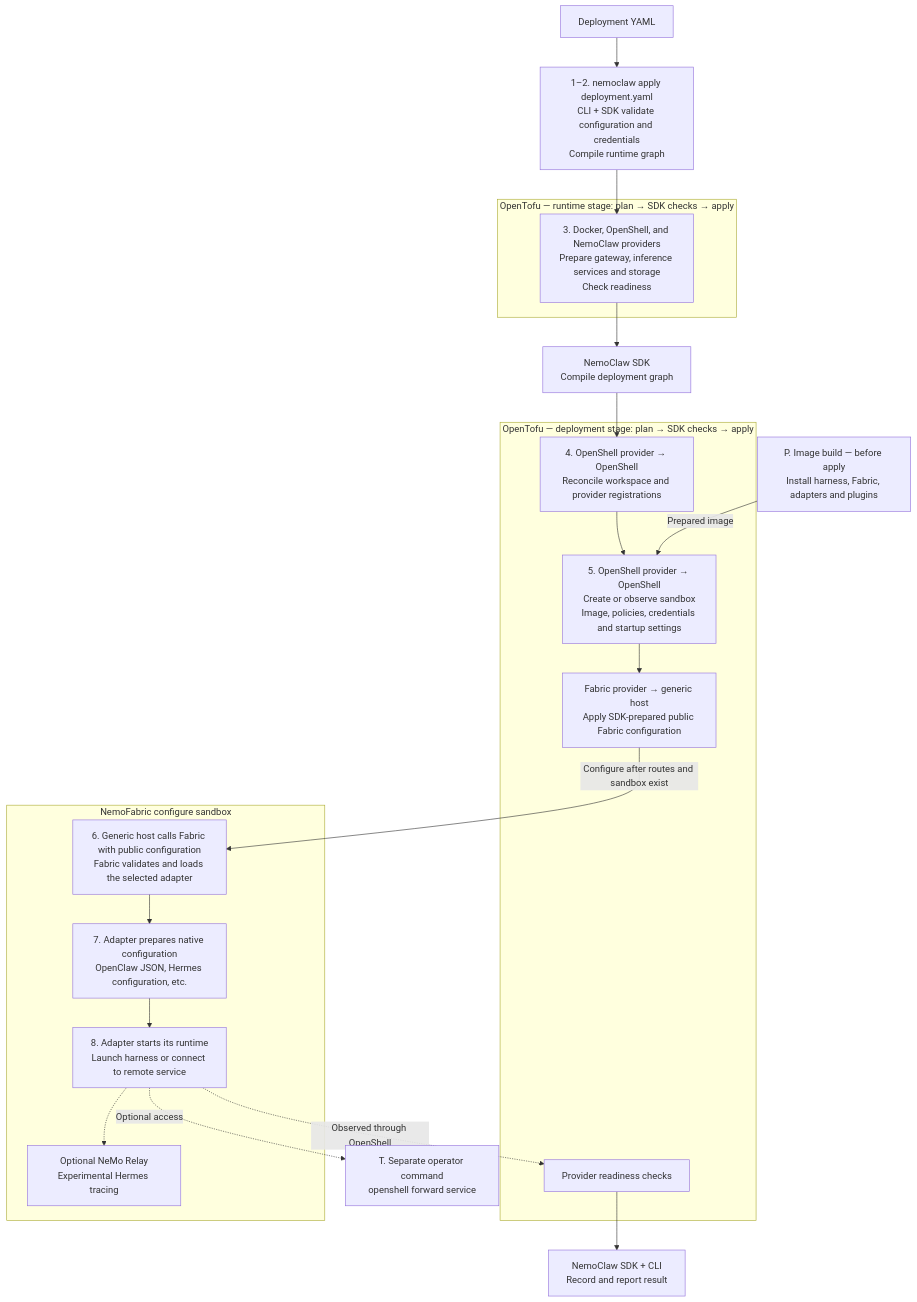
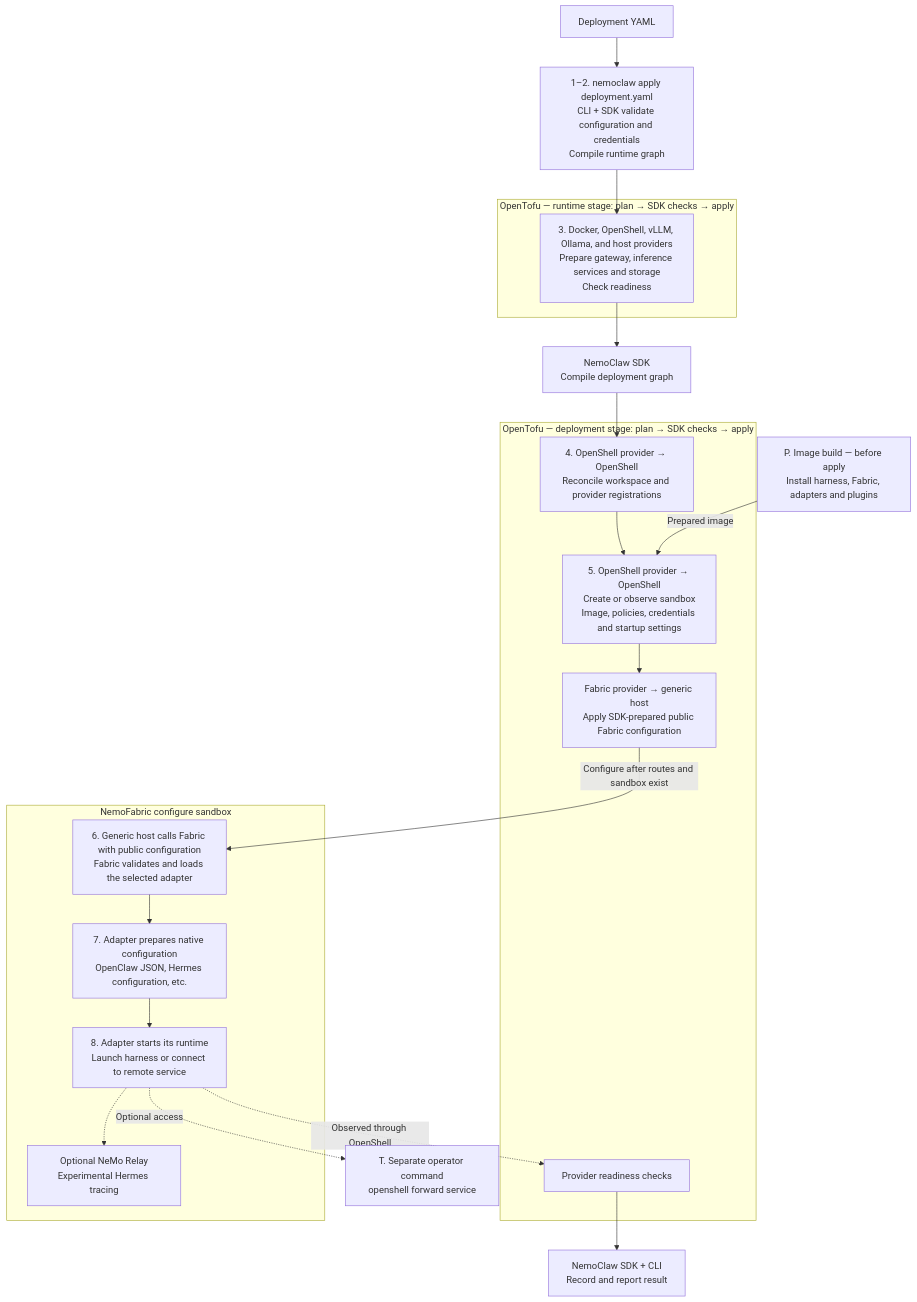
One commit to Adr1an04/NemoClaw changed the diagram in docs/design/apply-flow.md. Above: the diagram before and after it, drawn with Mermaid. The commit also changed 32 other files, not shown here.

````diff
--- a/docs/design/apply-flow.md
+++ b/docs/design/apply-flow.md
@@ -24,42 +24,42 @@
 ```mermaid
 flowchart TB
     YAML["Deployment YAML"] --> SDK["1–2. nemoclaw apply deployment.yaml<br/>CLI + SDK validate configuration and credentials<br/>Compile runtime graph"]
 
     subgraph INFRA["OpenTofu — runtime stage: plan → SDK checks → apply"]
-        RUNTIME["3. Docker, OpenShell, and NemoClaw providers<br/>Prepare gateway, inference services and storage<br/>Check readiness"]
+        RUNTIME["3. Docker, OpenShell, vLLM, Ollama, and host providers<br/>Prepare gateway, inference services and storage<br/>Check readiness"]
     end
 
     SDK --> RUNTIME
     RUNTIME --> COMPILE["NemoClaw SDK<br/>Compile deployment graph"]
 
     subgraph DEPLOY["OpenTofu — deployment stage: plan → SDK checks → apply"]
         PROVIDERS["4. OpenShell provider → OpenShell<br/>Reconcile workspace and provider registrations"]
         SANDBOX["5. OpenShell provider → OpenShell<br/>Create or observe sandbox<br/>Image, policies, credentials and startup settings"]
         CONFIG["Fabric provider → generic host<br/>Apply SDK-prepared public Fabric configuration"]
         CHECK["Provider readiness checks"]
 
         PROVIDERS --> SANDBOX --> CONFIG
     end
 
     COMPILE --> PROVIDERS
 
     IMAGE["P. Image build — before apply<br/>Install harness, Fabric, adapters and plugins"]
     IMAGE -->|"Prepared image"| SANDBOX
 
     subgraph AGENT["NemoFabric configure sandbox"]
         FABRIC["6. Generic host calls Fabric with public configuration<br/>Fabric validates and loads the selected adapter"]
         ADAPTER["7. Adapter prepares native configuration<br/>OpenClaw JSON, Hermes configuration, etc."]
         HARNESS["8. Adapter starts its runtime<br/>Launch harness or connect to remote service"]
         RELAY["Optional NeMo Relay<br/>Experimental Hermes tracing"]
 
         FABRIC --> ADAPTER --> HARNESS
         HARNESS -.-> RELAY
     end
 
     CONFIG -->|"Configure after routes and sandbox exist"| FABRIC
     HARNESS -. "Observed through OpenShell" .-> CHECK
     CHECK --> RESULT["NemoClaw SDK + CLI<br/>Record and report result"]
 
     FORWARD["T. Separate operator command<br/>openshell forward service"]
     HARNESS -. "Optional access" .-> FORWARD
 ```
````
